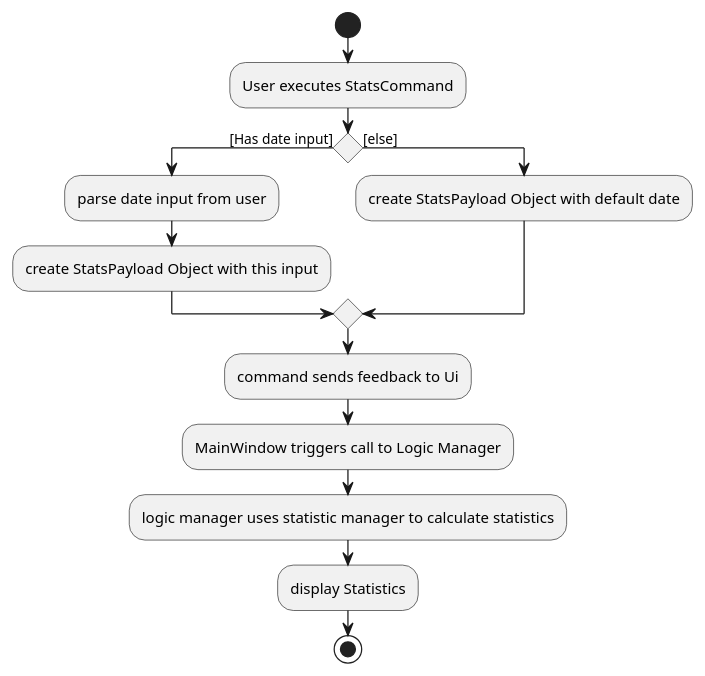
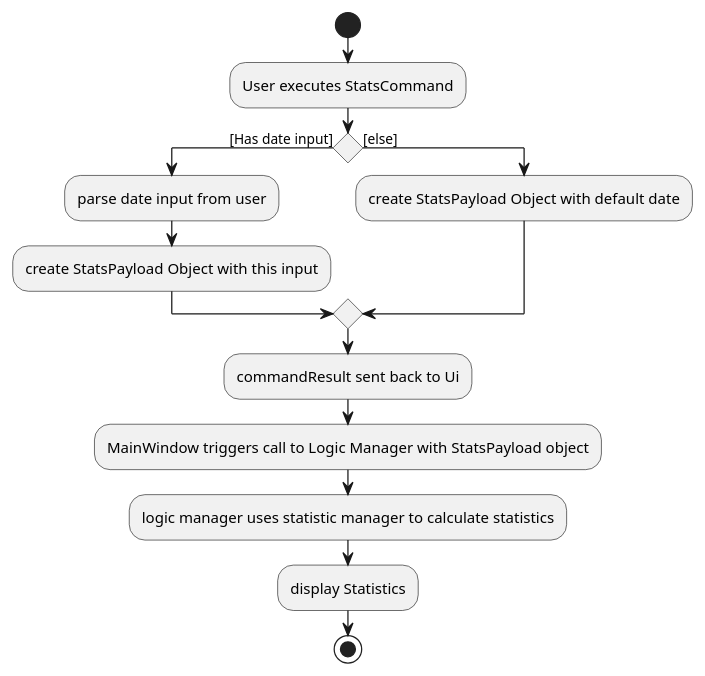
The diagram in docs/diagrams/StatisticsCalculationActivityDiagram.puml (nus-cs2103-AY1920S1/addressbook-level3), drawn with PlantUML before and after one commit. The commit also changed 5 other files, not shown here.

```diff
--- a/docs/diagrams/StatisticsCalculationActivityDiagram.puml
+++ b/docs/diagrams/StatisticsCalculationActivityDiagram.puml
@@ -1,19 +1,19 @@
 @startuml
 start
 :User executes StatsCommand;
 
 'Since the beta syntax does not support placing the condition outside the
 'diamond we place it as the true branch instead.
 if () then ([Has date input])
      :parse date input from user;
      :create StatsPayload Object with this input;
 
 else ([else])
     :create StatsPayload Object with default date;
 endif
-:command sends feedback to Ui;
-:MainWindow triggers call to Logic Manager;
+:commandResult sent back to Ui;
+:MainWindow triggers call to Logic Manager with StatsPayload object;
 :logic manager uses statistic manager to calculate statistics;
 :display Statistics;
 stop
 @enduml
```
